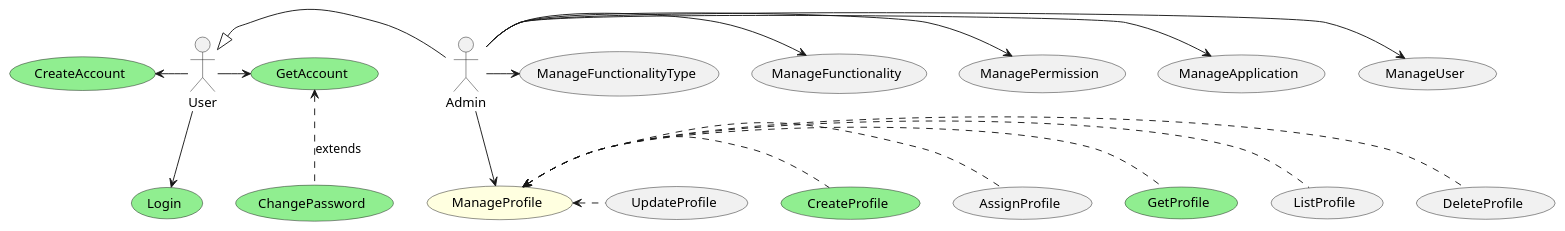
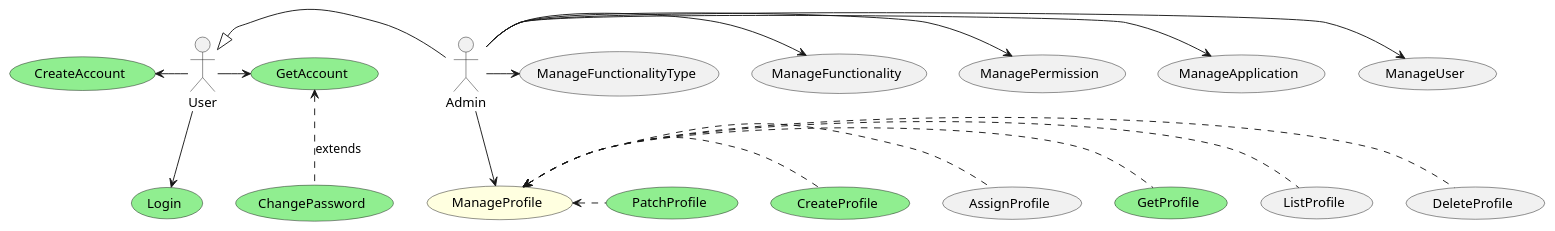
The diagram in documentation/UseCase.iam.puml (zehgreven/nutri-be-ddd-ca), drawn with PlantUML before and after one commit. The commit also changed 11 other files, not shown here.

Commit message:
Creating PatchProfile

```diff
--- a/documentation/UseCase.iam.puml
+++ b/documentation/UseCase.iam.puml
@@ -1,35 +1,36 @@
 @startuml Use Case
 
 actor User
 actor Admin
 
 usecase CreateAccount #LightGreen
 usecase Login #LightGreen
 usecase GetAccount #LightGreen
 usecase ChangePassword #LightGreen
 usecase CreateProfile #LightGreen
 usecase GetProfile #LightGreen
+usecase PatchProfile #LightGreen
 usecase ManageProfile #LightYellow
 
 User <|-r- Admin
 
 User -l-> (CreateAccount) 
 User -r-> (GetAccount)
 (GetAccount) <.d. (ChangePassword) : extends
 User -d-> (Login)
 
 Admin --> (ManageProfile) 
 (ManageProfile) <.r. (AssignProfile) 
 (ManageProfile) <.r. (CreateProfile) 
-(ManageProfile) <.r. (UpdateProfile) 
+(ManageProfile) <.r. (PatchProfile) 
 (ManageProfile) <.r. (DeleteProfile) 
 (ManageProfile) <.r. (ListProfile) 
 (ManageProfile) <.r. (GetProfile) 
 
 Admin -r-> (ManageUser) 
 Admin -r-> (ManageApplication) 
 Admin -r-> (ManagePermission) 
 Admin -r-> (ManageFunctionality) 
 Admin -r-> (ManageFunctionalityType) 
 
 @enduml
```
